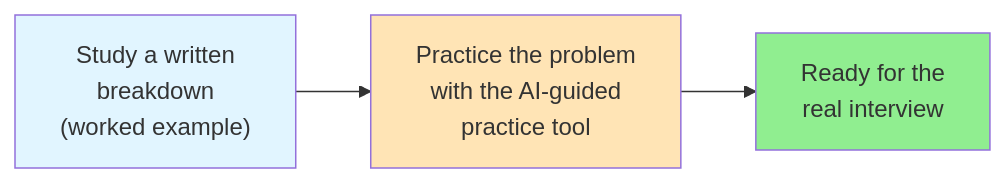
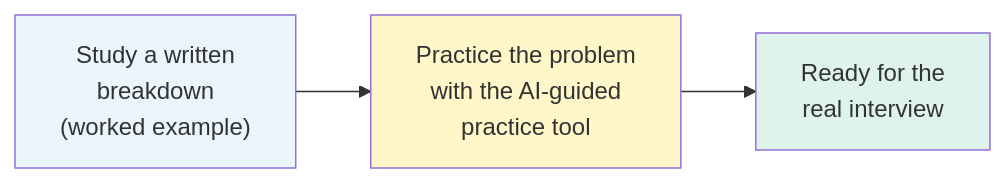
The diagram in LLD/SystemDesign/InaHurry/BreakdownsOfPopularSystemDesignQuestions.md (cartmancodes/InterviewVault), drawn with Mermaid before and after one commit. The commit also changed 679 other files, not shown here.

Commit message:
Unify content diagrams and add accessible visual walkthroughs

````diff
--- a/LLD/SystemDesign/InaHurry/BreakdownsOfPopularSystemDesignQuestions.md
+++ b/LLD/SystemDesign/InaHurry/BreakdownsOfPopularSystemDesignQuestions.md
@@ -36,9 +36,9 @@
 ```mermaid
 graph LR
     E["Study a written<br/>breakdown<br/>(worked example)"] --> P["Practice the problem<br/>with the AI-guided<br/>practice tool"]
     P --> M["Ready for the<br/>real interview"]
 
-    style E fill:#e1f5ff
-    style P fill:#FFE4B5
-    style M fill:#90EE90
+    style E fill:#EAF5FD
+    style P fill:#FFF6C9
+    style M fill:#DDF3EC
 ```
````
